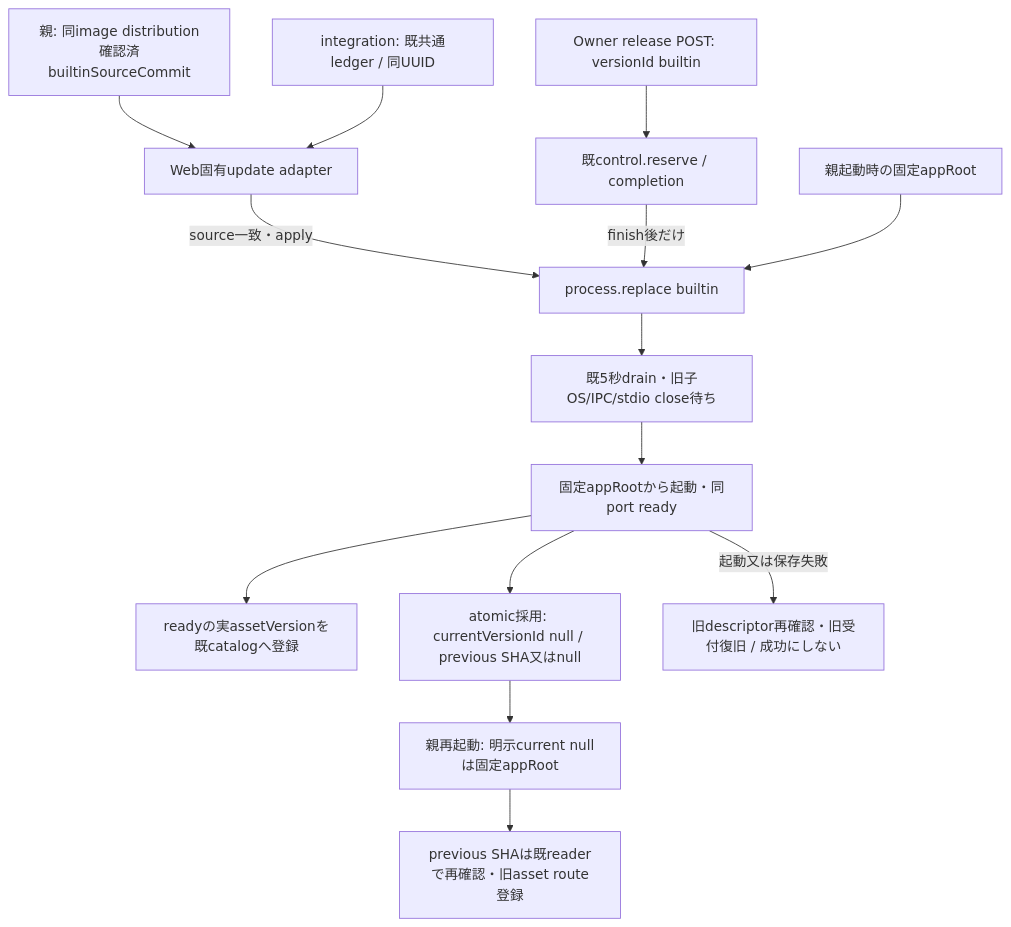
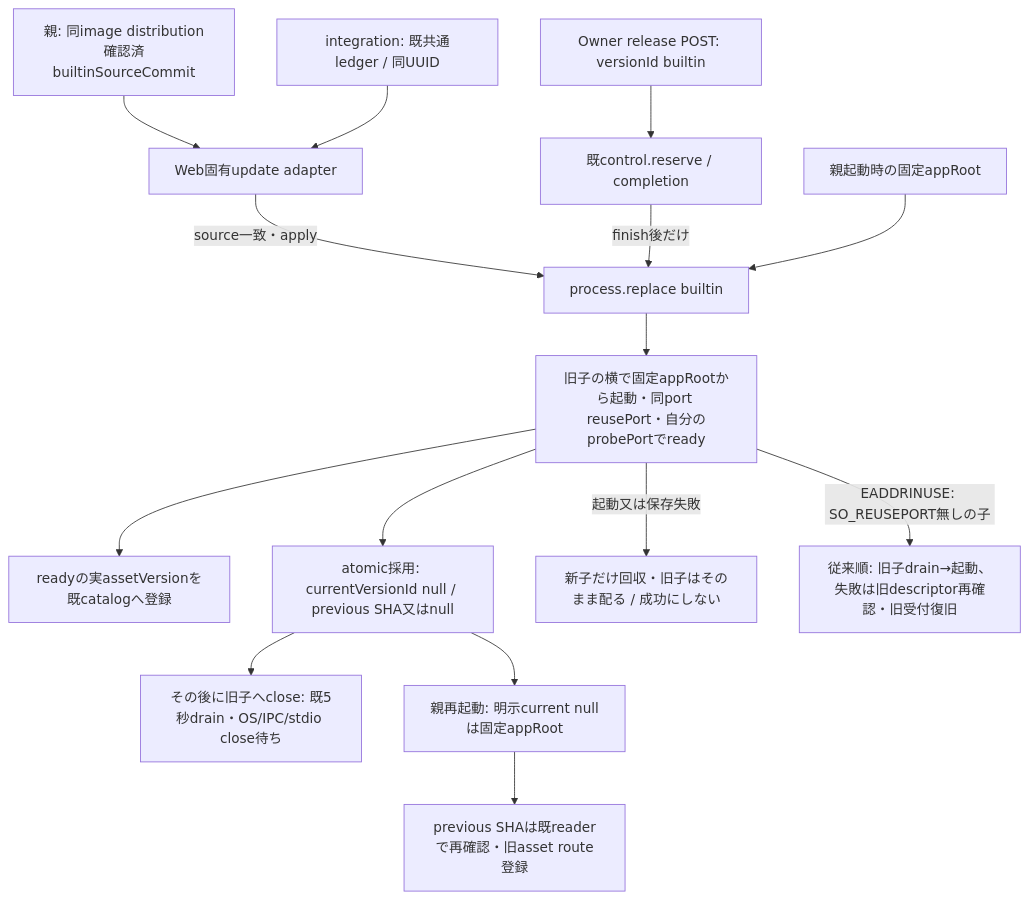
Before and after one commit to kitepon/BellTeam: the diagram in docs/architecture/modules/web/gateway-builtin.md, drawn with Mermaid. The commit also changed other lines of this file and 7 other files, not shown here.

````diff
--- a/docs/architecture/modules/web/gateway-builtin.md
+++ b/docs/architecture/modules/web/gateway-builtin.md
@@ -5,16 +5,17 @@
 ```mermaid
 flowchart TD
   Owner[Owner release POST: versionId builtin] --> Control[既control.reserve / completion]
   Parent[親: 同image distribution確認済builtinSourceCommit] --> Adapter[Web固有update adapter]
   Ledger[integration: 既共通ledger / 同UUID] --> Adapter
   Adapter -->|source一致・apply| Replace
   Control -->|finish後だけ| Replace[process.replace builtin]
   Fixed[親起動時の固定appRoot] --> Replace
-  Replace --> Stop[既5秒drain・旧子OS/IPC/stdio close待ち]
-  Stop --> Ready[固定appRootから起動・同port ready]
+  Replace --> Ready[旧子の横で固定appRootから起動・同port reusePort・自分のprobePortでready]
   Ready --> Assets[readyの実assetVersionを既catalogへ登録]
   Ready --> Adoption[atomic採用: currentVersionId null / previous SHA又はnull]
+  Adoption --> Stop[その後に旧子へclose: 既5秒drain・OS/IPC/stdio close待ち]
   Adoption --> Reload[親再起動: 明示current nullは固定appRoot]
   Reload --> Previous[previous SHAは既readerで再確認・旧asset route登録]
-  Ready -->|起動又は保存失敗| Restore[旧descriptor再確認・旧受付復旧 / 成功にしない]
+  Ready -->|起動又は保存失敗| Keep[新子だけ回収・旧子はそのまま配る / 成功にしない]
+  Ready -->|EADDRINUSE: SO_REUSEPORT無しの子| Fallback[従来順: 旧子drain→起動、失敗は旧descriptor再確認・旧受付復旧]
 ```
````
